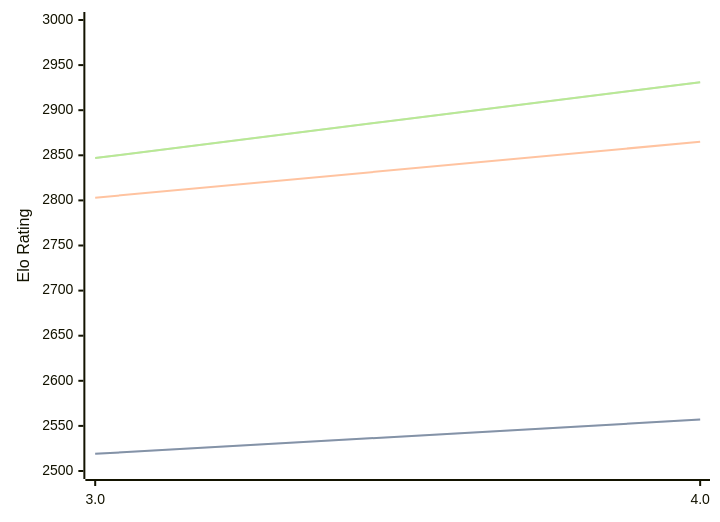
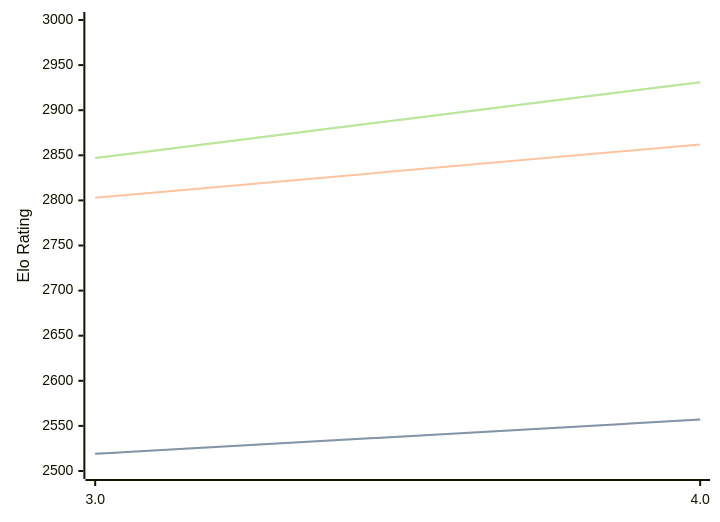
The diagram in engines/Chess3.md (computer-chess-index/cci), drawn with Mermaid before and after one commit. The commit also changed other lines of this file, not shown here.

````diff
--- a/engines/Chess3.md
+++ b/engines/Chess3.md
@@ -34,11 +34,11 @@
 ```mermaid
 %%{init: {"theme":"base","themeVariables":{"seriesColors:['#a3a3a3','#222221','#faa371']}}}%%
 xychart-beta
   x-axis ["3.0", "4.0"]
   y-axis "Elo Rating" 2500 --> 3000
   line "STC (8.0+0.08s)" [2519, 2557]
   line "STC (8.0+0.08s)" [2519, 2557]
-  line "LTC (60.0+0.60s)" [2803, 2865]
+  line "LTC (60.0+0.60s)" [2803, 2862]
   line "VLTC (2m24s+1.12s)" [2847, 2931]
   line "VLTC (2m24s+1.12s)" [2847, 2931]
 ```
````
